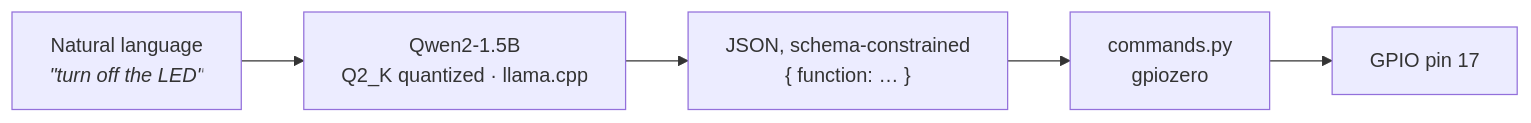
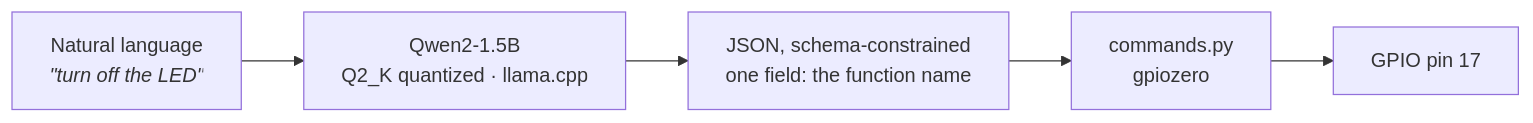
One commit to 2016judea/edge-ai-experiment changed the diagram in README.md. Above: the diagram before and after it, drawn with Mermaid.

Commit message:
README: braces in a mermaid label break GitHub's renderer

````diff
--- a/README.md
+++ b/README.md
@@ -24,7 +24,7 @@
 ```mermaid
 flowchart LR
     A["Natural language<br/><i>&quot;turn off the LED&quot;</i>"] --> B["Qwen2-1.5B<br/>Q2_K quantized · llama.cpp"]
-    B --> C["JSON, schema-constrained<br/>{ function: … }"]
+    B --> C["JSON, schema-constrained<br/>one field: the function name"]
     C --> D["commands.py<br/>gpiozero"]
     D --> E["GPIO pin 17"]
 ```
````
